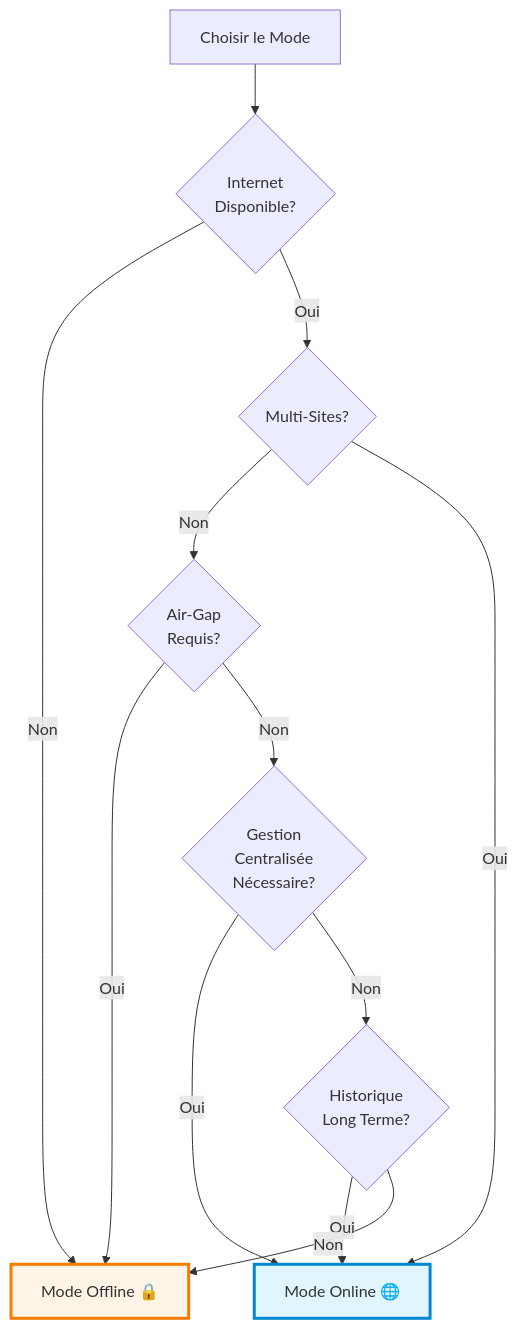
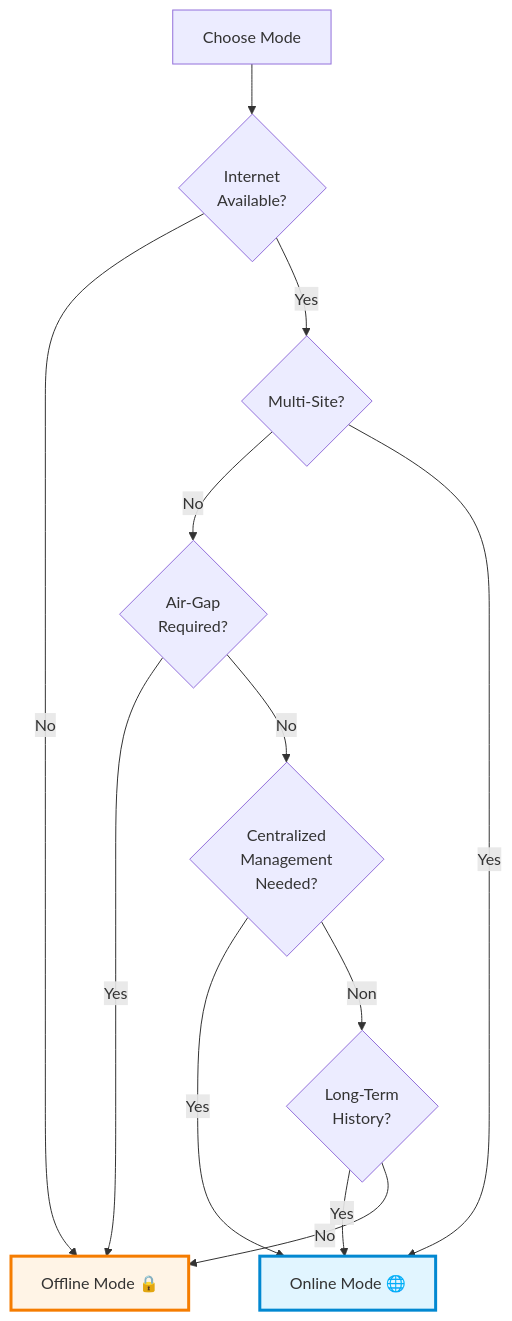
One commit to senhub-io/senhub-agent changed diagram 13 of 13 in docs/user-guide/OPERATING-MODES.md. Above: the diagram before and after it, drawn with Mermaid. The commit also changed other lines of this file and 1 other file, not shown here.

````diff
--- a/docs/user-guide/OPERATING-MODES.md
+++ b/docs/user-guide/OPERATING-MODES.md
@@ -704,22 +704,22 @@
 ```mermaid
 graph TD
-    START[Choisir le Mode] --> Q1{Internet<br/>Disponible?}
+    START[Choose Mode] --> Q1{Internet<br/>Available?}
 
-    Q1 -->|Non| OFF[Mode Offline 🔒]
-    Q1 -->|Oui| Q2{Multi-Sites?}
+    Q1 -->|No| OFF[Offline Mode 🔒]
+    Q1 -->|Yes| Q2{Multi-Site?}
 
-    Q2 -->|Non| Q3{Air-Gap<br/>Requis?}
-    Q2 -->|Oui| ON[Mode Online 🌐]
+    Q2 -->|No| Q3{Air-Gap<br/>Required?}
+    Q2 -->|Yes| ON[Online Mode 🌐]
 
-    Q3 -->|Oui| OFF
-    Q3 -->|Non| Q4{Gestion<br/>Centralisée<br/>Nécessaire?}
+    Q3 -->|Yes| OFF
+    Q3 -->|No| Q4{Centralized<br/>Management<br/>Needed?}
 
-    Q4 -->|Oui| ON
-    Q4 -->|Non| Q5{Historique<br/>Long Terme?}
+    Q4 -->|Yes| ON
+    Q4 -->|Non| Q5{Long-Term<br/>History?}
 
-    Q5 -->|Oui| ON
-    Q5 -->|Non| OFF
+    Q5 -->|Yes| ON
+    Q5 -->|No| OFF
 
     style ON fill:#e1f5ff,stroke:#0288d1,stroke-width:3px
     style OFF fill:#fff4e6,stroke:#f57c00,stroke-width:3px
 ```
````
